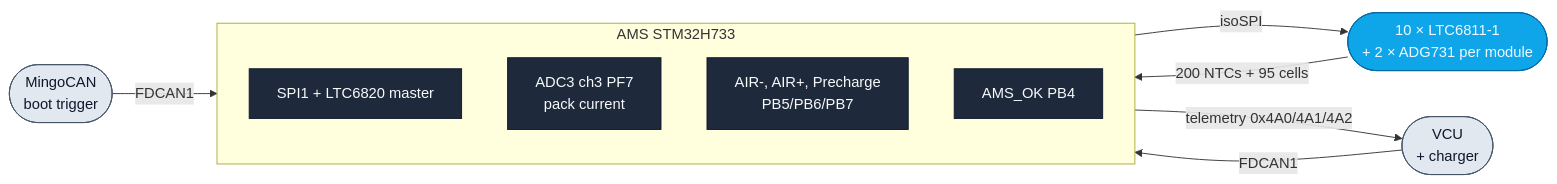
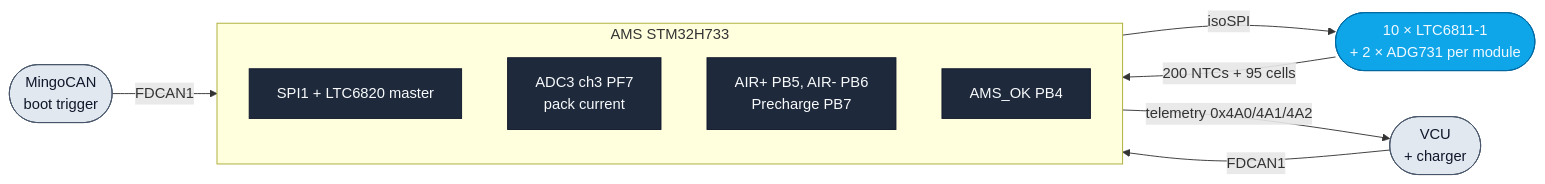
The first of 2 diagrams in README.md (isc-fs/IFS08-CE-AMS), drawn with Mermaid before and after one commit. The commit also changed other lines of this file and 15 other files, not shown here.

````diff
--- a/README.md
+++ b/README.md
@@ -28,24 +31,24 @@
 ```mermaid
 flowchart LR
     VCU([VCU<br/>+ charger]) -- FDCAN1 --> AMS
     BENCH([MingoCAN<br/>boot trigger]) -- FDCAN1 --> AMS
 
     subgraph AMS[AMS STM32H733]
         SPI[SPI1 + LTC6820 master]
         ADC[ADC3 ch3 PF7<br/>pack current]
-        Relays[AIR-, AIR+, Precharge<br/>PB5/PB6/PB7]
+        Relays[AIR+ PB5, AIR- PB6<br/>Precharge PB7]
         AmsOk[AMS_OK PB4]
     end
 
     AMS -- "isoSPI" --> Chain([10 × LTC6811-1<br/>+ 2 × ADG731 per module])
     Chain -- "200 NTCs + 95 cells" --> AMS
 
     AMS -- "telemetry 0x4A0/4A1/4A2" --> VCU
 
     classDef ext  fill:#e2e8f0,stroke:#475569,color:#0f172a
     classDef hw   fill:#1e293b,stroke:#0f172a,color:#f8fafc
     classDef bus  fill:#0ea5e9,stroke:#0369a1,color:#f0f9ff
     class VCU,BENCH ext
     class SPI,ADC,Relays,AmsOk hw
     class Chain bus
 ```
````
